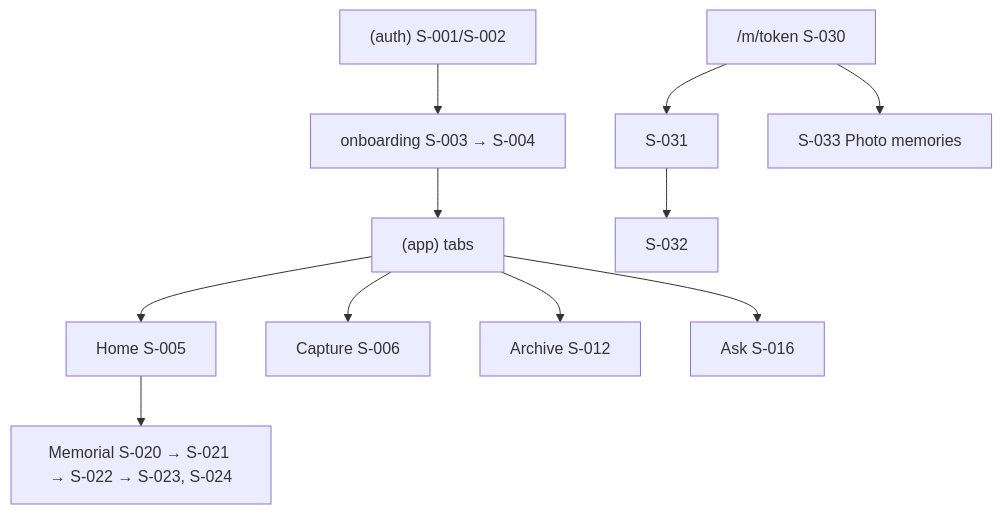
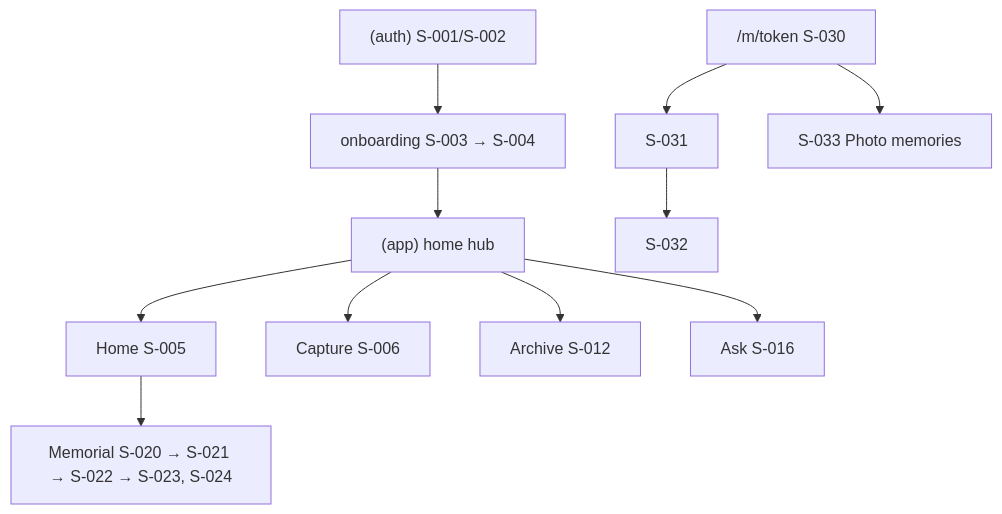
Before and after one commit to Alexandre-Nevero/appcon2026-aimmortality-gunita: the diagram in docs/sitemap.md, drawn with Mermaid. The commit also changed other lines of this file and 109 other files, not shown here.

First line of the commit message:
feat(ui): Himmel frontend from Figma (Home collage, no tabs) (#25)

````diff
--- a/docs/sitemap.md
+++ b/docs/sitemap.md
@@ -153,12 +152,12 @@
 ```mermaid
 flowchart TD
   Auth["(auth) S-001/S-002"] --> Onb["onboarding S-003 → S-004"]
-  Onb --> Tabs["(app) tabs"]
-  Tabs --> Home["Home S-005"]
-  Tabs --> Cap["Capture S-006"]
-  Tabs --> Arc["Archive S-012"]
-  Tabs --> Ask["Ask S-016"]
+  Onb --> Hub["(app) home hub"]
+  Hub --> Home["Home S-005"]
+  Hub --> Cap["Capture S-006"]
+  Hub --> Arc["Archive S-012"]
+  Hub --> Ask["Ask S-016"]
   Home --> Mem["Memorial S-020 → S-021 → S-022 → S-023, S-024"]
   QR["/m/token S-030"] --> Share["S-031"] --> Thanks["S-032"]
   QR --> Photos["S-033 Photo memories"]
 ```
````
